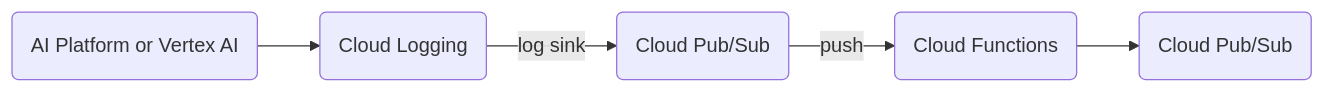
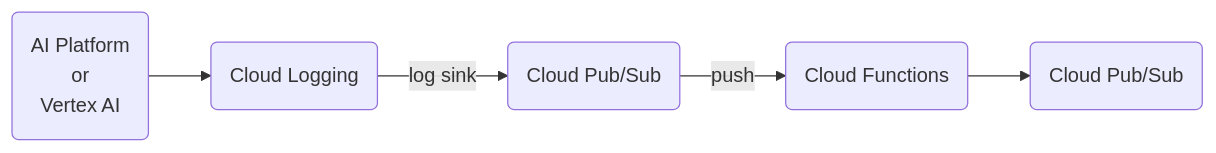
The diagram in README.md (sfujiwara/terraform-google-ai-platform-notification), drawn with Mermaid before and after one commit.

Commit message:
fix mermaid graph

````diff
--- a/README.md
+++ b/README.md
@@ -16,7 +16,7 @@
 ```mermaid
 flowchart LR
-  ai(AI Platform or Vertex AI) --> logging(Cloud Logging)
+  ai(AI Platform<br>or<br>Vertex AI) --> logging(Cloud Logging)
   logging -- log sink --> pubsub1(Cloud Pub/Sub)
   pubsub1 -- push --> functions(Cloud Functions)
   functions --> pubsub2(Cloud Pub/Sub)
 ```
````
